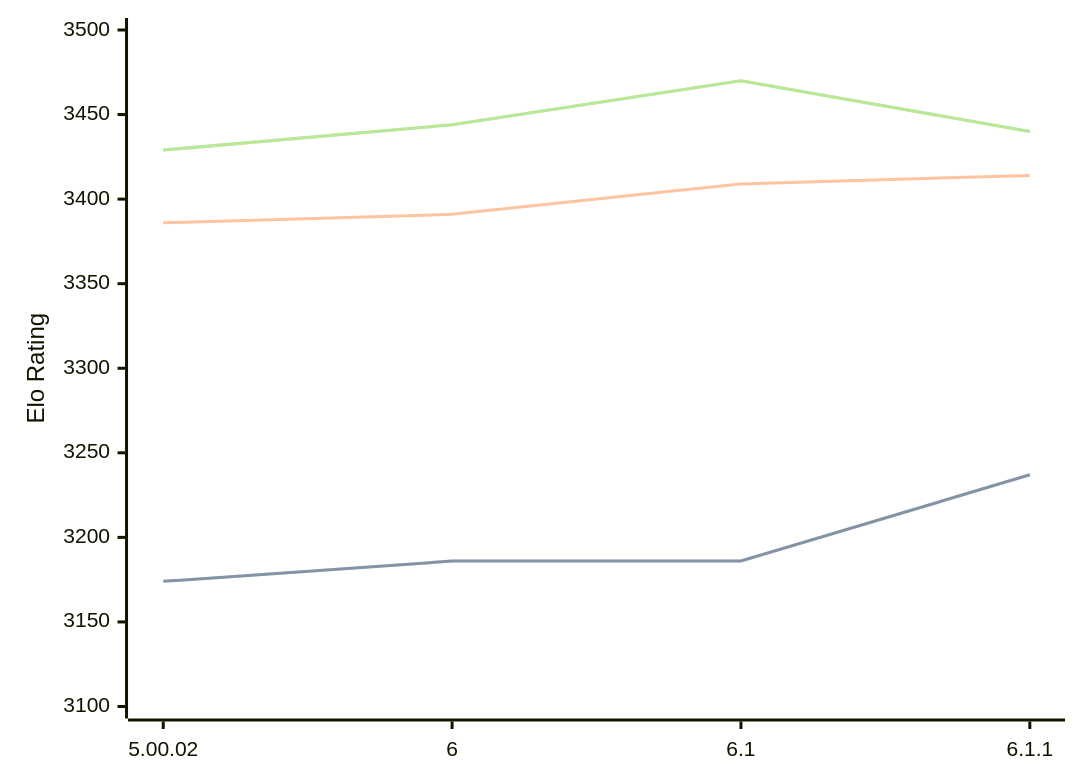
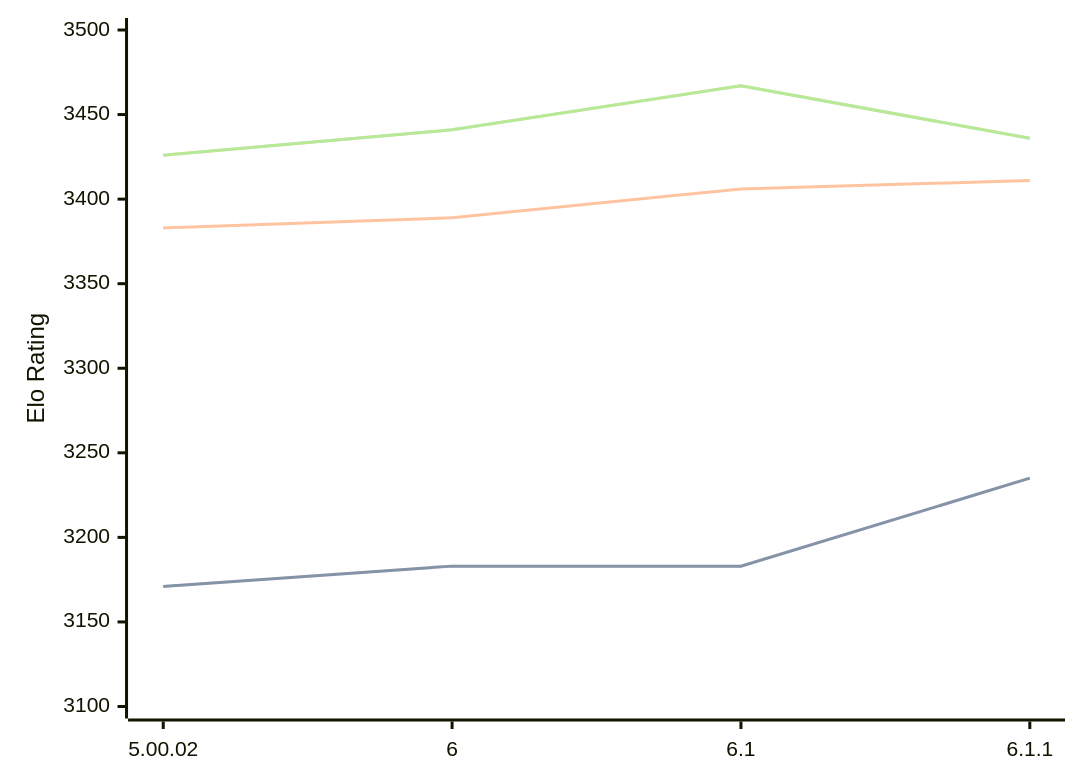
The diagram in engines/Zangdar.md (computer-chess-index/cci), drawn with Mermaid before and after one commit. The commit also changed other lines of this file, not shown here.

Commit message:
Update CCI Ratings (ELO VLTC) - 2026-04-23

````diff
--- a/engines/Zangdar.md
+++ b/engines/Zangdar.md
@@ -46,11 +46,11 @@
 ```mermaid
 %%{init: {"theme":"base","themeVariables":{"seriesColors:['#a3a3a3','#222221','#faa371']}}}%%
 xychart-beta
   x-axis ["5.00.02", "6", "6.1", "6.1.1"]
   y-axis "Elo Rating" 3100 --> 3500
-  line "STC (8.0+0.08s)" [3174, 3186, 3186, 3237]
-  line "STC (8.0+0.08s)" [3174, 3186, 3186, 3237]
-  line "LTC (60.0+0.60s)" [3386, 3391, 3409, 3414]
-  line "VLTC (2m24s+1.12s)" [3429, 3444, 3470, 3440]
-  line "VLTC (2m24s+1.12s)" [3429, 3444, 3470, 3440]
+  line "STC (8.0+0.08s)" [3171, 3183, 3183, 3235]
+  line "STC (8.0+0.08s)" [3171, 3183, 3183, 3235]
+  line "LTC (60.0+0.60s)" [3383, 3389, 3406, 3411]
+  line "VLTC (2m24s+1.12s)" [3426, 3441, 3467, 3436]
+  line "VLTC (2m24s+1.12s)" [3426, 3441, 3467, 3436]
 ```
````
